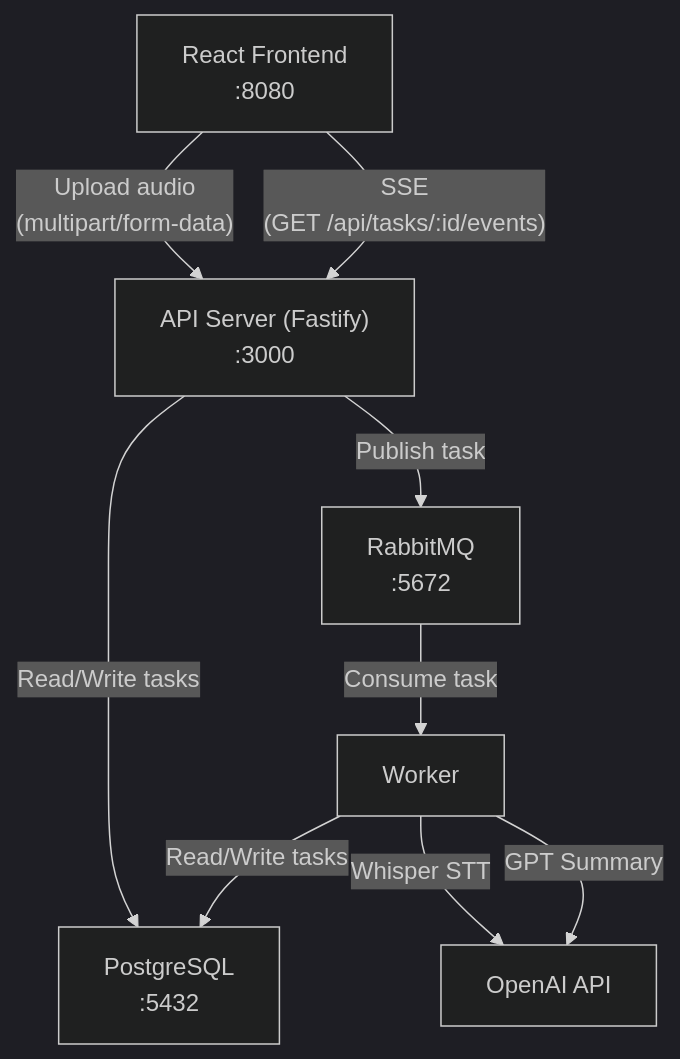
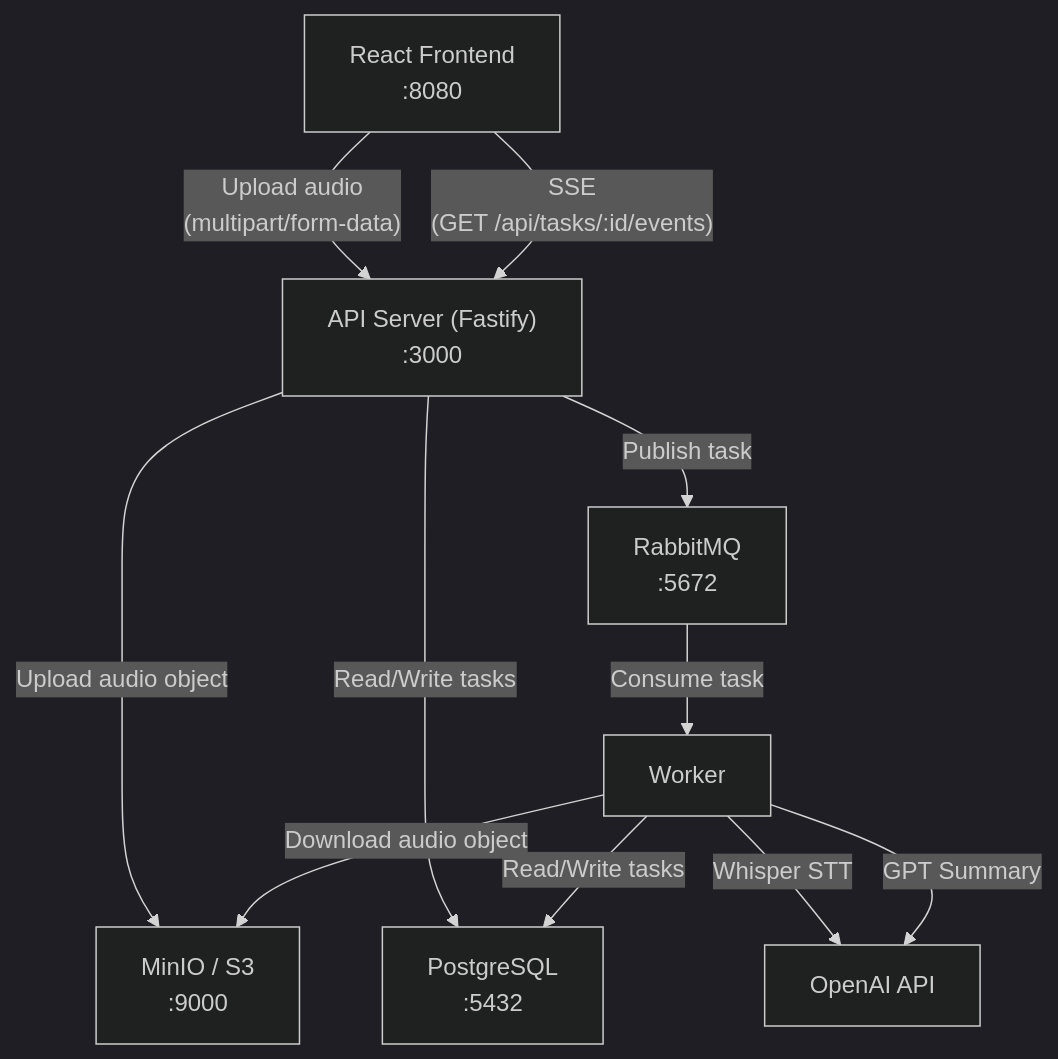
One commit to m24927605/stt-summary-server changed the first of 3 diagrams in docs/architecture.md. Above: the diagram before and after it, drawn with Mermaid (dark theme). The commit also changed other lines of this file and 5 other files, not shown here.

````diff
--- a/docs/architecture.md
+++ b/docs/architecture.md
@@ -9,18 +9,21 @@
 ```mermaid
 graph TB
     Client["React Frontend<br/>:8080"]
     API["API Server (Fastify)<br/>:3000"]
     MQ["RabbitMQ<br/>:5672"]
     Worker["Worker"]
     DB["PostgreSQL<br/>:5432"]
+    S3["MinIO / S3<br/>:9000"]
     OpenAI["OpenAI API"]
 
     Client -- "Upload audio<br/>(multipart/form-data)" --> API
     Client -- "SSE<br/>(GET /api/tasks/:id/events)" --> API
+    API -- "Upload audio object" --> S3
     API -- "Publish task" --> MQ
     API -- "Read/Write tasks" --> DB
     MQ -- "Consume task" --> Worker
     Worker -- "Read/Write tasks" --> DB
+    Worker -- "Download audio object" --> S3
     Worker -- "Whisper STT" --> OpenAI
     Worker -- "GPT Summary" --> OpenAI
 ```
````
